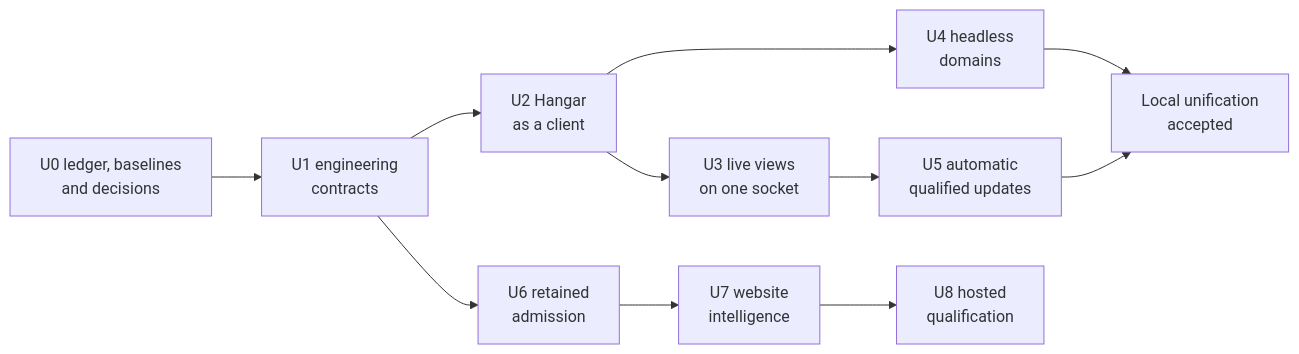
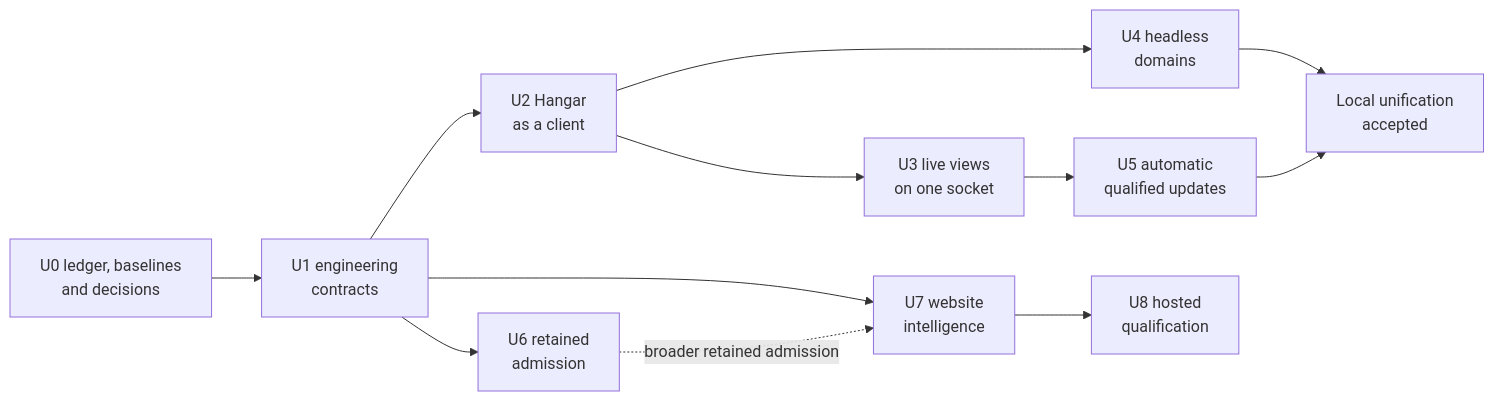
Before and after one commit to shibasis0801/reaktor: the seventh of 7 diagrams in plans/tooling-unification-hld.md, drawn with Mermaid. The commit also changed other lines of this file and 2 other files, not shown here.

````diff
--- a/plans/tooling-unification-hld.md
+++ b/plans/tooling-unification-hld.md
@@ -515,13 +529,14 @@
 ```mermaid
 flowchart LR
     U0[U0 ledger, baselines<br/>and decisions] --> U1[U1 engineering<br/>contracts]
     U1 --> U2[U2 Hangar<br/>as a client]
     U2 --> U3[U3 live views<br/>on one socket]
     U3 --> U5[U5 automatic<br/>qualified updates]
     U2 --> U4[U4 headless<br/>domains]
     U1 --> U6[U6 retained<br/>admission]
-    U6 --> U7[U7 website<br/>intelligence]
+    U1 --> U7[U7 website<br/>intelligence]
+    U6 -. broader retained admission .-> U7
     U7 --> U8[U8 hosted<br/>qualification]
     U4 --> Done[Local unification<br/>accepted]
     U5 --> Done
 ```
````
